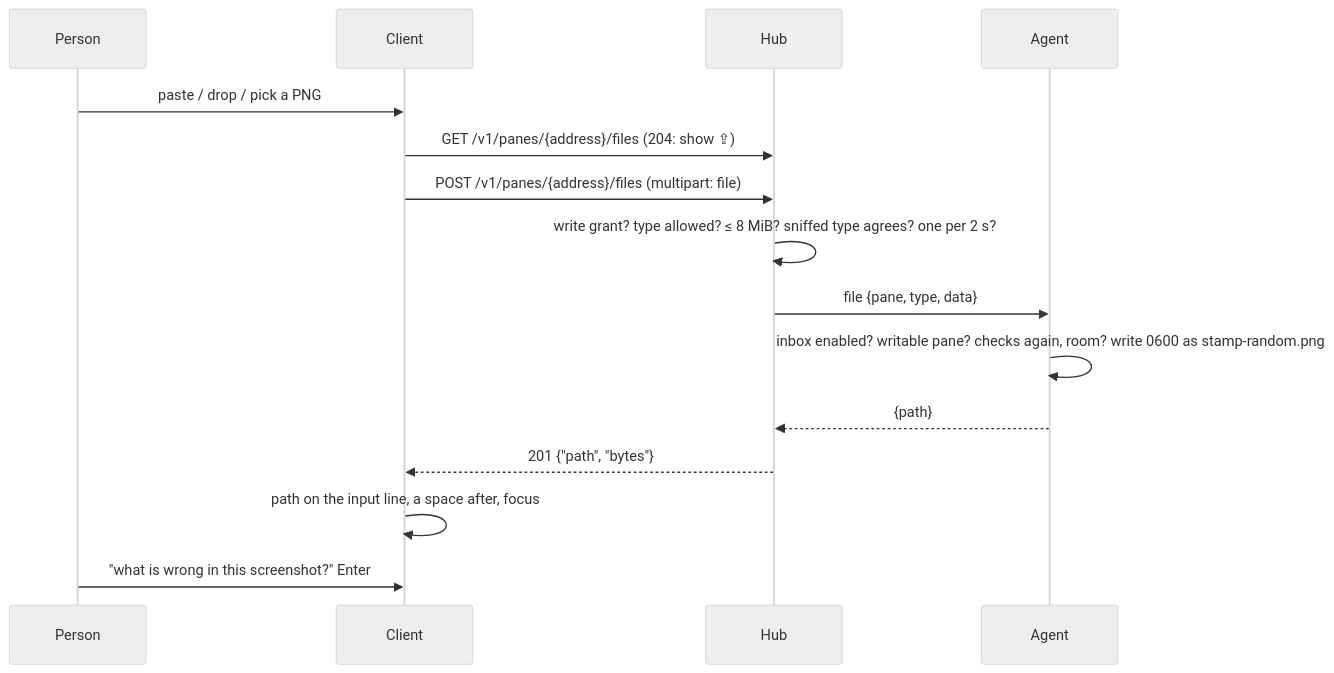
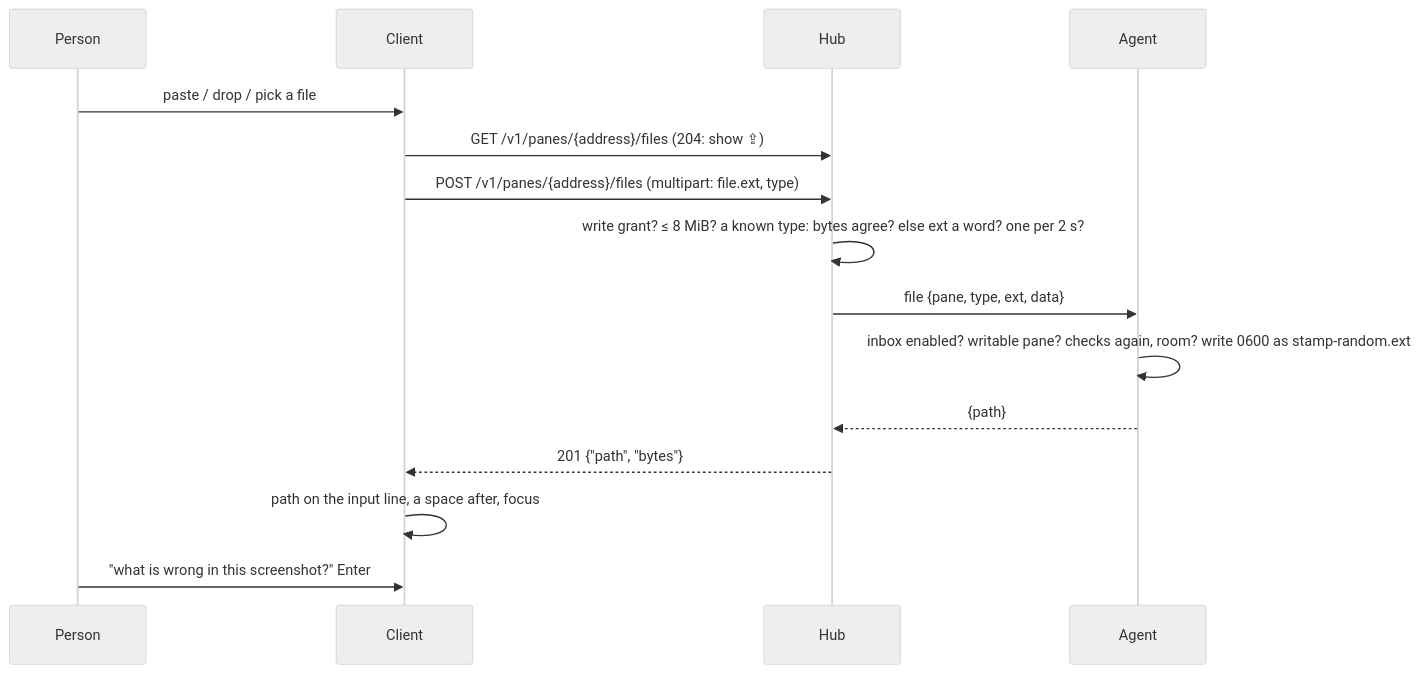
One commit to notmarkopadjen/muxway changed the first of 2 diagrams in docs/features/attachments.md. Above: the diagram before and after it, drawn with Mermaid (neutral theme). The commit also changed other lines of this file and 20 other files, not shown here.

First line of the commit message:
The inbox takes any file: a kind it does not know is kept as bytes under the extension its name ends in

````diff
--- a/docs/features/attachments.md
+++ b/docs/features/attachments.md
@@ -61,17 +67,17 @@
 ```mermaid
 sequenceDiagram
     participant P as Person
     participant C as Client
     participant H as Hub
     participant A as Agent
-    P->>C: paste / drop / pick a PNG
+    P->>C: paste / drop / pick a file
     C->>H: GET /v1/panes/{address}/files (204: show ⇪)
-    C->>H: POST /v1/panes/{address}/files (multipart: file)
-    H->>H: write grant? type allowed? ≤ 8 MiB? sniffed type agrees? one per 2 s?
-    H->>A: file {pane, type, data}
-    A->>A: inbox enabled? writable pane? checks again, room? write 0600 as stamp-random.png
+    C->>H: POST /v1/panes/{address}/files (multipart: file.ext, type)
+    H->>H: write grant? ≤ 8 MiB? a known type: bytes agree? else ext a word? one per 2 s?
+    H->>A: file {pane, type, ext, data}
+    A->>A: inbox enabled? writable pane? checks again, room? write 0600 as stamp-random.ext
     A-->>H: {path}
     H-->>C: 201 {"path", "bytes"}
     C->>C: path on the input line, a space after, focus
     P->>C: "what is wrong in this screenshot?" Enter
 ```
````
